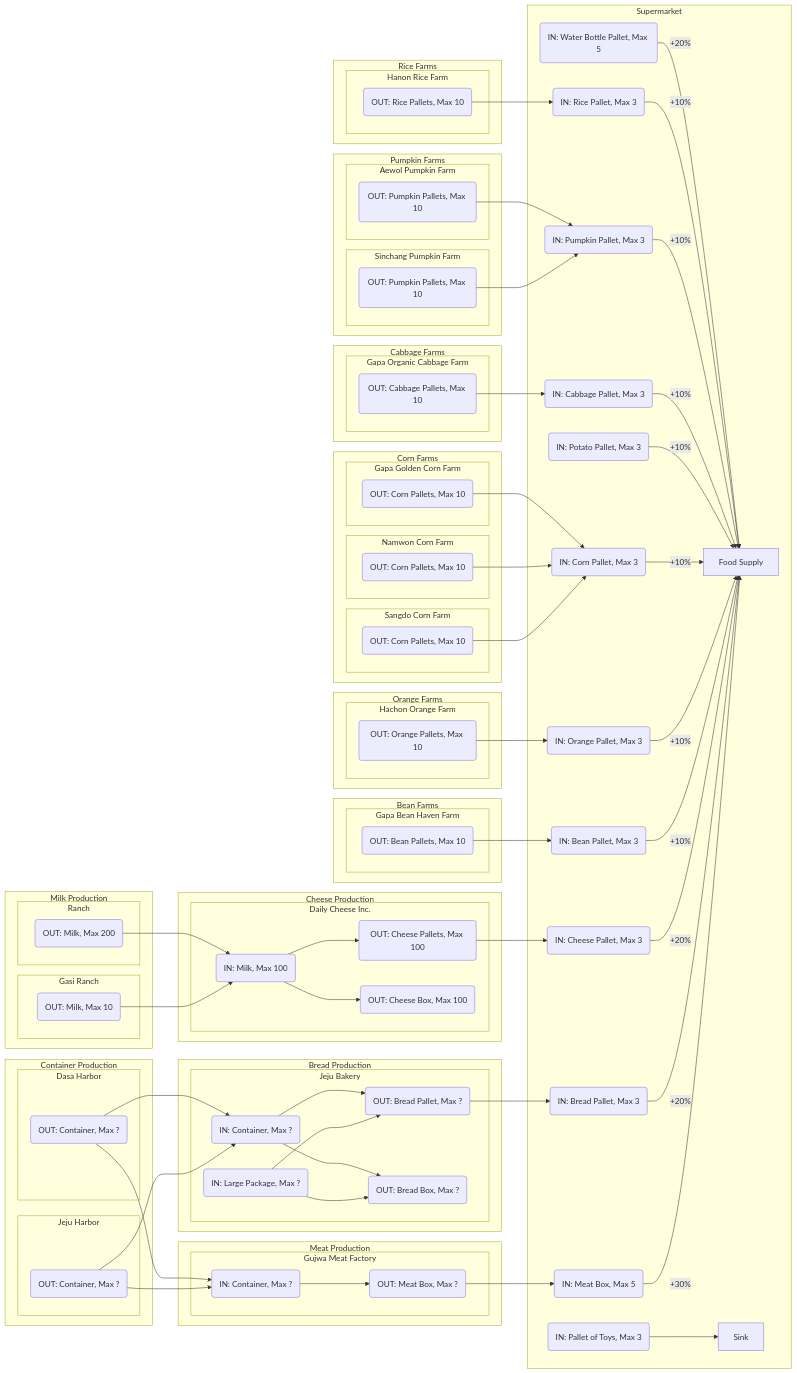
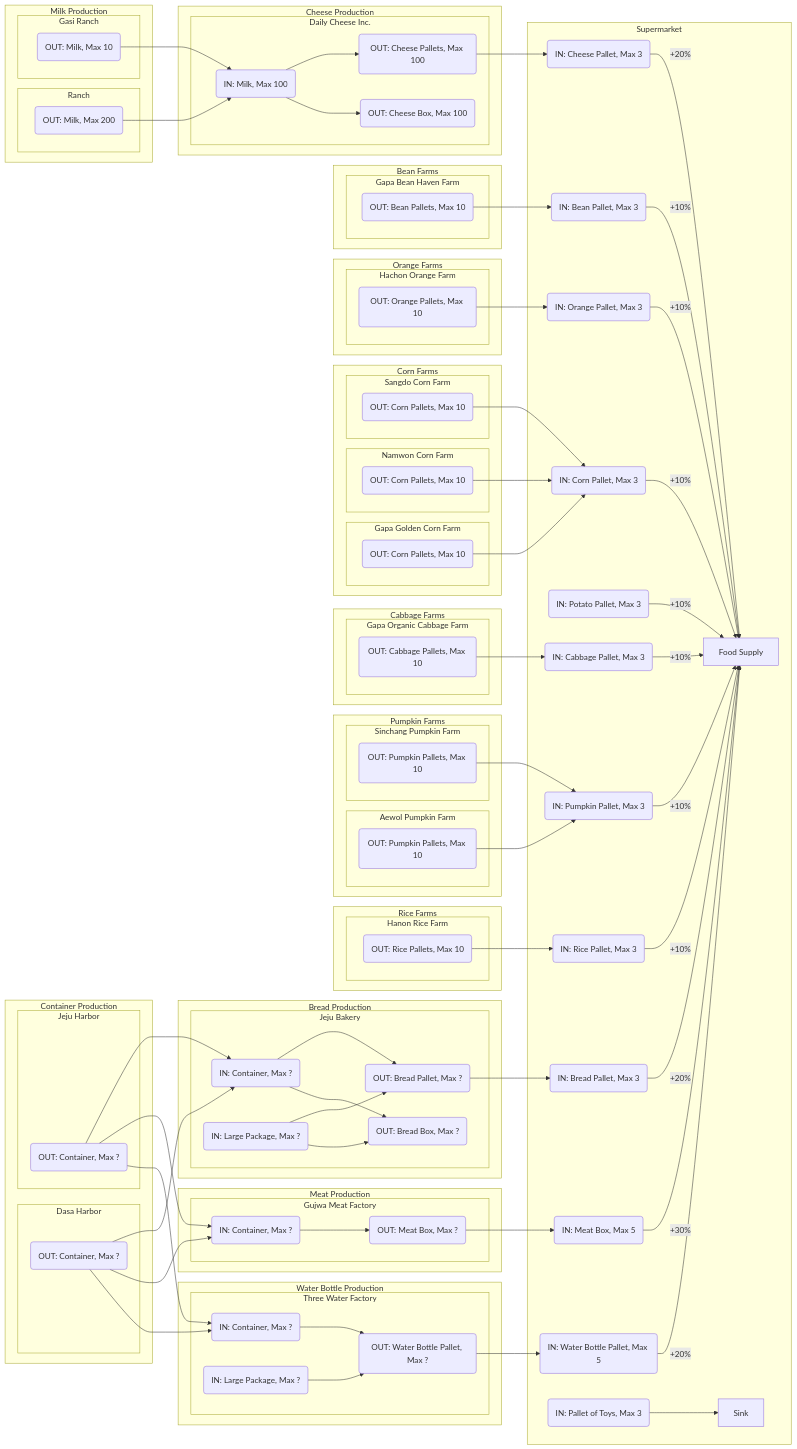
The diagram in supermarkets.mermaid (maceh/motortown-supply-chain), drawn with Mermaid before and after one commit.

Commit message:
Added water production

```diff
--- a/supermarkets.mermaid
+++ b/supermarkets.mermaid
@@ -1,107 +1,119 @@
 graph LR
     subgraph Supermarket
         WaterBottle(IN: Water Bottle Pallet, Max 5) -->|+20%| FoodSupply
         Rice(IN: Rice Pallet, Max 3) -->|+10%| FoodSupply
         Pumpkin(IN: Pumpkin Pallet, Max 3) -->|+10%| FoodSupply
         Cabbage(IN: Cabbage Pallet, Max 3) -->|+10%| FoodSupply
         Potato(IN: Potato Pallet, Max 3) -->|+10%| FoodSupply
         Corn(IN: Corn Pallet, Max 3) -->|+10%| FoodSupply
         Orange(IN: Orange Pallet, Max 3) -->|+10%| FoodSupply
         Bean(IN: Bean Pallet, Max 3) -->|+10%| FoodSupply
         Cheese(IN: Cheese Pallet, Max 3) -->|+20%| FoodSupply
         Bread(IN: Bread Pallet, Max 3)  -->|+20%| FoodSupply
         Meat(IN: Meat Box, Max 5) -->|+30%| FoodSupply
         Toys(IN: Pallet of Toys, Max 3) --> Sink
 
         FoodSupply[Food Supply]
         Sink[Sink]
+    end
+
+    subgraph Water Bottle Production
+        subgraph Three Water Factory
+            OutWaterBottle(OUT: Water Bottle Pallet, Max ?) --> WaterBottle
+            TWFInContainer(IN: Container, Max ?) --> OutWaterBottle
+            TWFInLargePackage(IN: Large Package, Max ?) --> OutWaterBottle
+        end
     end
 
     subgraph Rice Farms
         subgraph Hanon Rice Farm
             MakeRice1(OUT: Rice Pallets, Max 10) --> Rice
         end
     end
 
     subgraph Pumpkin Farms
         subgraph Aewol Pumpkin Farm
             MakePumpkin1(OUT: Pumpkin Pallets, Max 10) --> Pumpkin
         end
         subgraph Sinchang Pumpkin Farm
             MakePumpkin2(OUT: Pumpkin Pallets, Max 10) --> Pumpkin
         end
     end
     
     subgraph Cabbage Farms
         subgraph Gapa Organic Cabbage Farm
             MakeCabbage1(OUT: Cabbage Pallets, Max 10) --> Cabbage
         end
     end
 
     subgraph Corn Farms
         subgraph Gapa Golden Corn Farm
             MakeCorn1(OUT: Corn Pallets, Max 10) --> Corn
         end
         subgraph Namwon Corn Farm
             MakeCorn2(OUT: Corn Pallets, Max 10) --> Corn
         end
         subgraph Sangdo Corn Farm
             MakeCorn3(OUT: Corn Pallets, Max 10) --> Corn
         end
     end
     subgraph Orange Farms
         subgraph Hachon Orange Farm
             MakeOrange(OUT: Orange Pallets, Max 10) --> Orange
         end
     end
 
     subgraph Bean Farms
         subgraph Gapa Bean Haven Farm
             MakeBean1(OUT: Bean Pallets, Max 10) --> Bean
         end
     end
 
     subgraph Cheese Production
         subgraph Daily Cheese Inc.
             DCInMilk(IN: Milk, Max 100) --> OutCheesePallet(OUT: Cheese Pallets, Max 100) --> Cheese
             DCInMilk --> OutCheeseBox(OUT: Cheese Box, Max 100)
         end
     end
 
     subgraph Milk Production
         subgraph Ranch
             RanchOutMilk(OUT: Milk, Max 200) --> DCInMilk
         end
         subgraph Gasi Ranch
             GasiRanchOutMilk(OUT: Milk, Max 10) --> DCInMilk
         end
     end
 
     subgraph Bread Production
         subgraph Jeju Bakery
             JJBInContainer(IN: Container, Max ?) --> OutBreadPallet(OUT: Bread Pallet, Max ?) --> Bread
             JJBInContainer --> OutBreadBox(OUT: Bread Box, Max ?)
             JJBInLargePackage(IN: Large Package, Max ?) --> OutBreadPallet
             JJBInLargePackage --> OutBreadBox
         end
     end
 
     subgraph Meat Production
         subgraph Gujwa Meat Factory
             GMFInContainer(IN: Container, Max ?) --> OutMeatBox(OUT: Meat Box, Max ?) --> Meat
         end
     end
 
     subgraph Container Production
         subgraph Dasa Harbor
             DHContainer(OUT: Container, Max ?)
         end
         subgraph Jeju Harbor
             JJContainer(OUT: Container, Max ?)
         end
 
         DHContainer --> JJBInContainer
+        JJContainer --> JJBInContainer
+
         DHContainer --> GMFInContainer
-        JJContainer --> JJBInContainer
         JJContainer --> GMFInContainer
+
+        DHContainer --> TWFInContainer
+        JJContainer --> TWFInContainer
     end
```
